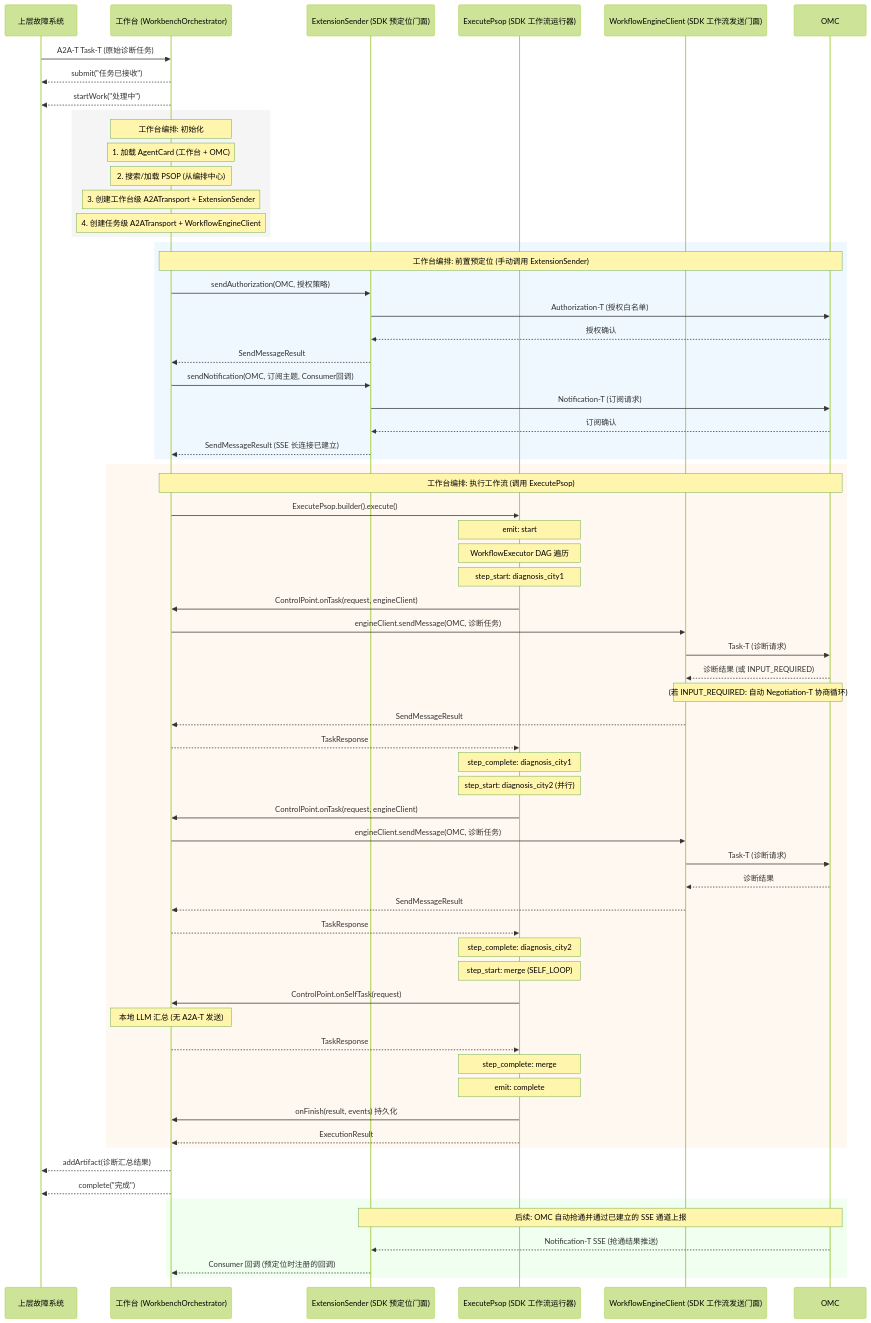
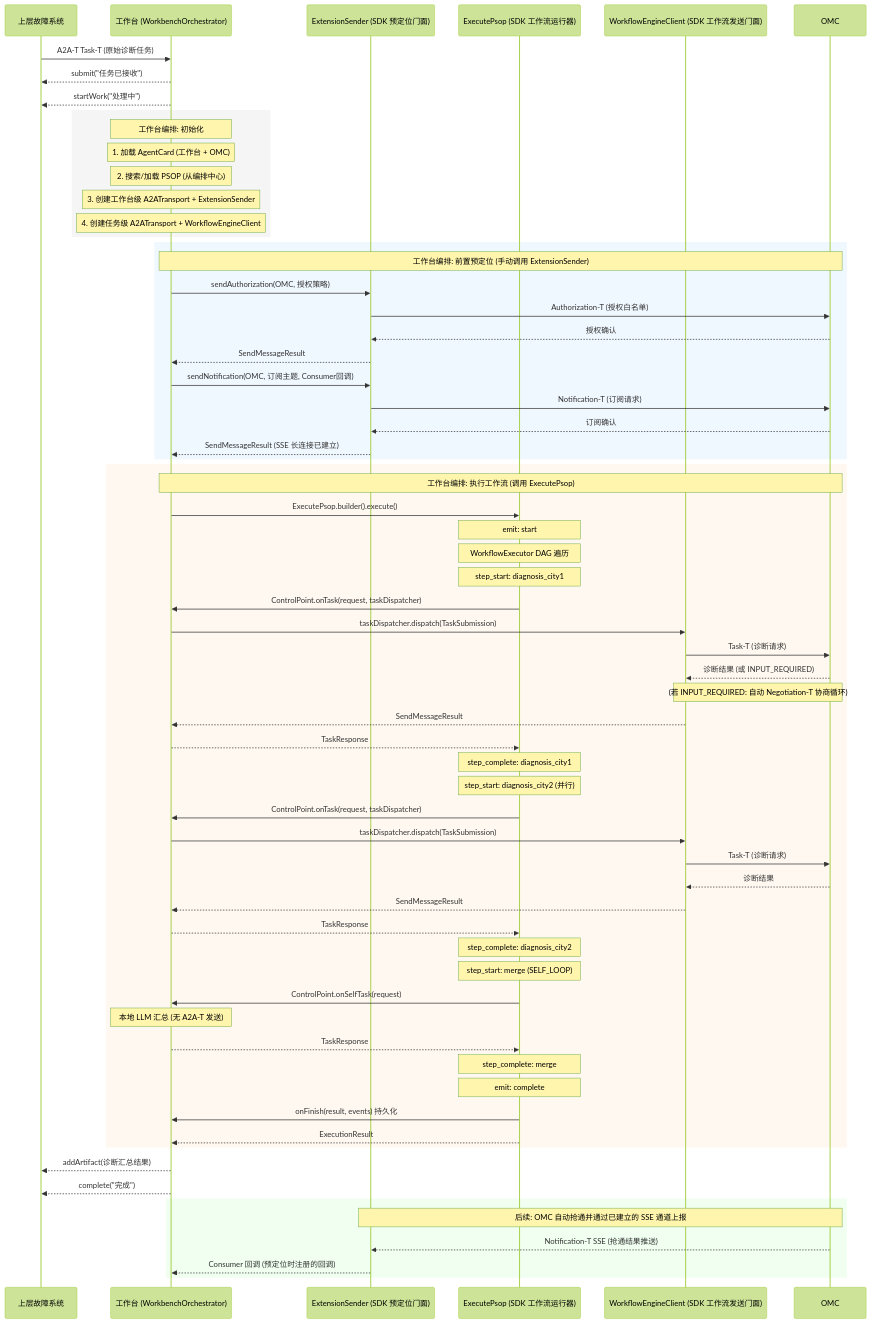
One commit to Zhoujie628/workflow-engine-sdk-java changed the third of 3 diagrams in docs/zh/工作台集成指南.md. Above: the diagram before and after it, drawn with Mermaid (forest theme). The commit also changed other lines of this file and 36 other files, not shown here.

First line of the commit message:
feat(a2at): adopt SDK 1.0.0-841c575 typed negotiation and task dispatch

````diff
--- a/docs/zh/工作台集成指南.md
+++ b/docs/zh/工作台集成指南.md
@@ -808,80 +803,80 @@
 ```mermaid
 sequenceDiagram
     participant UPPER as 上层故障系统
     participant WB as 工作台 (WorkbenchOrchestrator)
     participant ES as ExtensionSender (SDK 预定位门面)
     participant EP as ExecutePsop (SDK 工作流运行器)
     participant EC as WorkflowEngineClient (SDK 工作流发送门面)
     participant OMC as OMC
 
     UPPER->>WB: A2A-T Task-T (原始诊断任务)
     WB-->>UPPER: submit("任务已接收")
     WB-->>UPPER: startWork("处理中")
 
     rect rgba(245, 245, 245, 1)
     Note over WB: 工作台编排: 初始化
     Note over WB: 1. 加载 AgentCard (工作台 + OMC)
     Note over WB: 2. 搜索/加载 PSOP (从编排中心)
     Note over WB: 3. 创建工作台级 A2ATransport + ExtensionSender
     Note over WB: 4. 创建任务级 A2ATransport + WorkflowEngineClient
     end
 
     rect rgba(240, 248, 255, 1)
     Note over WB,OMC: 工作台编排: 前置预定位 (手动调用 ExtensionSender)
     WB->>ES: sendAuthorization(OMC, 授权策略)
     ES->>OMC: Authorization-T (授权白名单)
     OMC-->>ES: 授权确认
     ES-->>WB: SendMessageResult
 
     WB->>ES: sendNotification(OMC, 订阅主题, Consumer回调)
     ES->>OMC: Notification-T (订阅请求)
     OMC-->>ES: 订阅确认
     ES-->>WB: SendMessageResult (SSE 长连接已建立)
     end
 
     rect rgba(255, 248, 240, 1)
     Note over WB,OMC: 工作台编排: 执行工作流 (调用 ExecutePsop)
     WB->>EP: ExecutePsop.builder().execute()
 
     Note over EP: emit: start
     Note over EP: WorkflowExecutor DAG 遍历
 
     Note over EP: step_start: diagnosis_city1
-    EP->>WB: ControlPoint.onTask(request, engineClient)
-    WB->>EC: engineClient.sendMessage(OMC, 诊断任务)
+    EP->>WB: ControlPoint.onTask(request, taskDispatcher)
+    WB->>EC: taskDispatcher.dispatch(TaskSubmission)
     EC->>OMC: Task-T (诊断请求)
     OMC-->>EC: 诊断结果 (或 INPUT_REQUIRED)
     Note over EC,OMC: (若 INPUT_REQUIRED: 自动 Negotiation-T 协商循环)
     EC-->>WB: SendMessageResult
     WB-->>EP: TaskResponse
     Note over EP: step_complete: diagnosis_city1
 
     Note over EP: step_start: diagnosis_city2 (并行)
-    EP->>WB: ControlPoint.onTask(request, engineClient)
-    WB->>EC: engineClient.sendMessage(OMC, 诊断任务)
+    EP->>WB: ControlPoint.onTask(request, taskDispatcher)
+    WB->>EC: taskDispatcher.dispatch(TaskSubmission)
     EC->>OMC: Task-T (诊断请求)
     OMC-->>EC: 诊断结果
     EC-->>WB: SendMessageResult
     WB-->>EP: TaskResponse
     Note over EP: step_complete: diagnosis_city2
 
     Note over EP: step_start: merge (SELF_LOOP)
     EP->>WB: ControlPoint.onSelfTask(request)
     Note over WB: 本地 LLM 汇总 (无 A2A-T 发送)
     WB-->>EP: TaskResponse
     Note over EP: step_complete: merge
 
     Note over EP: emit: complete
     EP->>WB: onFinish(result, events) 持久化
     EP-->>WB: ExecutionResult
     end
 
     WB-->>UPPER: addArtifact(诊断汇总结果)
     WB-->>UPPER: complete("完成")
 
     rect rgba(240, 255, 240, 1)
     Note over ES,OMC: 后续: OMC 自动抢通并通过已建立的 SSE 通道上报
     OMC-->>ES: Notification-T SSE (抢通结果推送)
     ES-->>WB: Consumer 回调 (预定位时注册的回调)
     end
 ```
````
